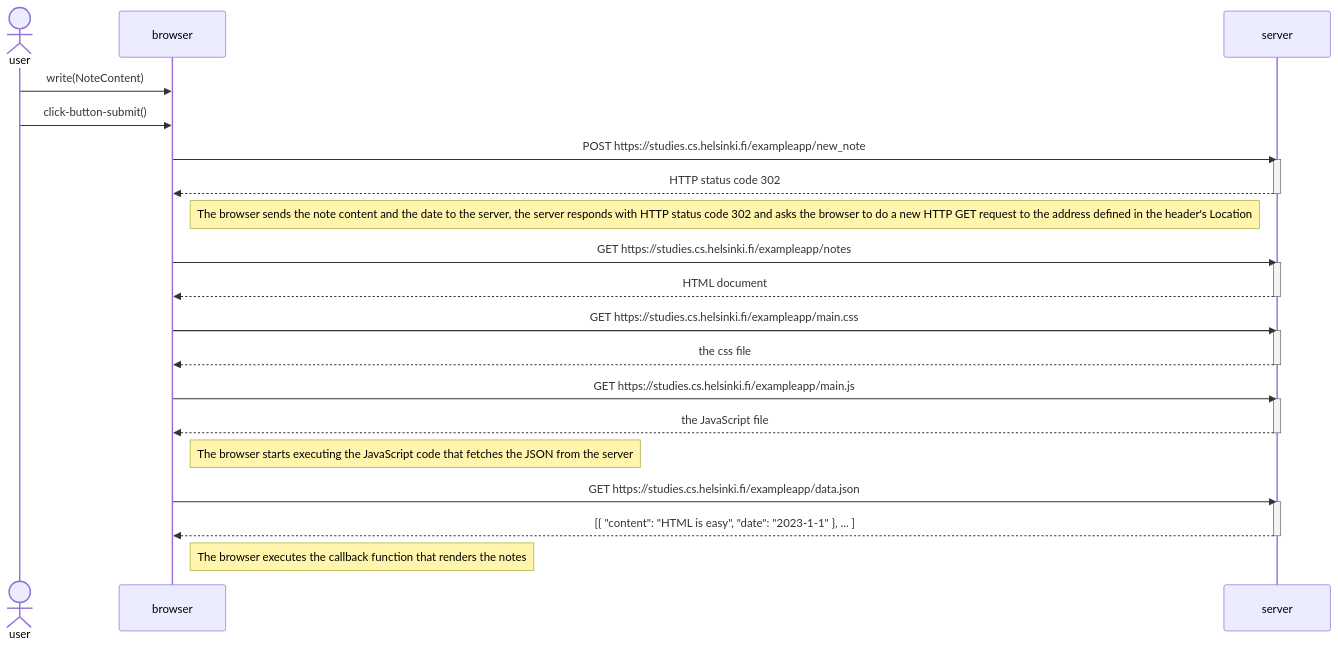
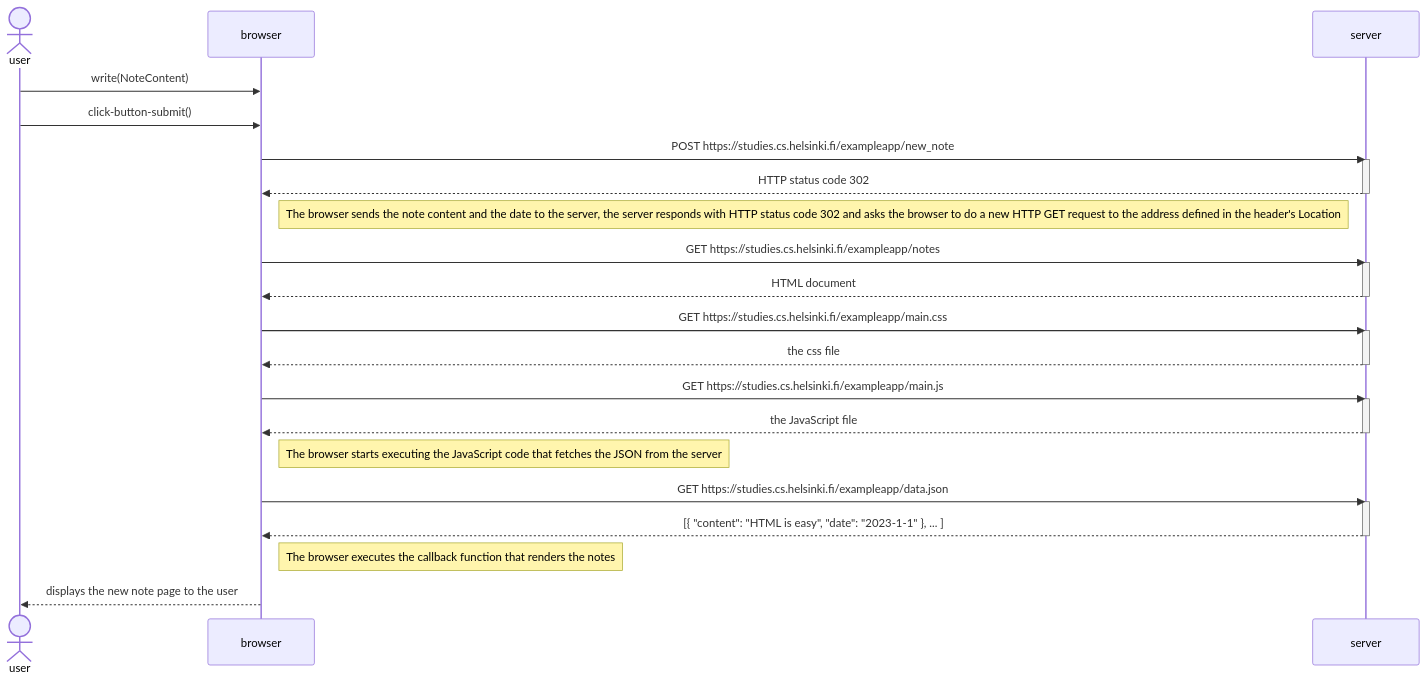
One commit to nourbenmoulehem/mermaid-markdown-practice changed the diagram in AddingNewNote-SequenceDiagram.md. Above: the diagram before and after it, drawn with Mermaid.

````diff
--- a/AddingNewNote-SequenceDiagram.md
+++ b/AddingNewNote-SequenceDiagram.md
@@ -1,40 +1,42 @@
 ```mermaid
 sequenceDiagram
   actor user
   participant browser
   participant server
 
   user->>browser: write(NoteContent)
   user->>browser: click-button-submit()
   
   browser->>server: POST https://studies.cs.helsinki.fi/exampleapp/new_note
   activate server
   server-->>browser: HTTP status code 302
   deactivate server
   
   Note right of browser: The browser sends the note content and the date to the server, the server responds with HTTP status code 302 and asks the browser to do a new HTTP GET request to the address defined in the header's Location
   
   browser->>server: GET https://studies.cs.helsinki.fi/exampleapp/notes
   activate server
   server-->>browser: HTML document
   deactivate server
 
   browser->>server: GET https://studies.cs.helsinki.fi/exampleapp/main.css
   activate server
   server-->>browser: the css file
   deactivate server
 
   browser->>server: GET https://studies.cs.helsinki.fi/exampleapp/main.js
   activate server
   server-->>browser: the JavaScript file
   deactivate server
 
   Note right of browser: The browser starts executing the JavaScript code that fetches the JSON from the server
 
   browser->>server: GET https://studies.cs.helsinki.fi/exampleapp/data.json
   activate server
   server-->>browser: [{ "content": "HTML is easy", "date": "2023-1-1" }, ... ]
   deactivate server
 
   Note right of browser: The browser executes the callback function that renders the notes
+  
+  browser-->>user: displays the new note page to the user
 ```
````
